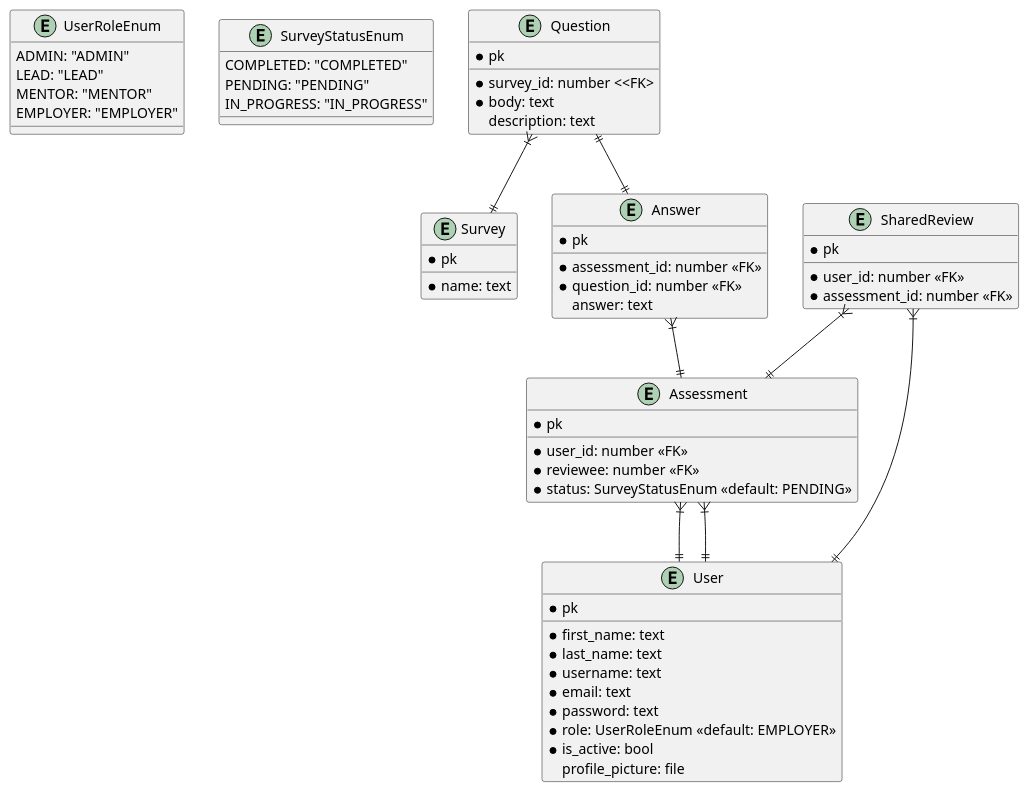
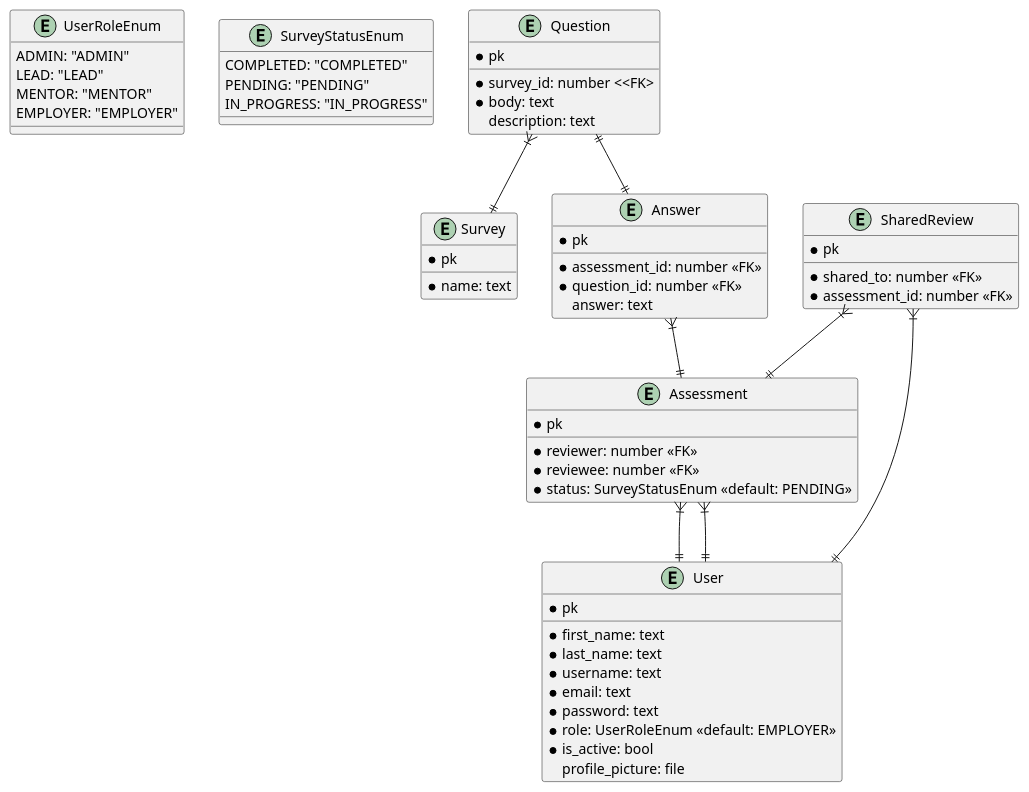
One commit to Timur-Gizatullin/grade_form changed the diagram in docs/er_diagrams/v0.1.0-er_diagram.puml. Above: the diagram before and after it, drawn with PlantUML. The commit also changed 1 other file, not shown here.

```diff
--- a/docs/er_diagrams/v0.1.0-er_diagram.puml
+++ b/docs/er_diagrams/v0.1.0-er_diagram.puml
@@ -1,74 +1,74 @@
 @startuml
 
 entity UserRoleEnum{
 ADMIN: "ADMIN"
 LEAD: "LEAD"
 MENTOR: "MENTOR"
 EMPLOYER: "EMPLOYER"
 }
 
 entity SurveyStatusEnum{
 COMPLETED: "COMPLETED"
 PENDING: "PENDING"
 IN_PROGRESS: "IN_PROGRESS"
 }
 
 entity User{
 *pk
 __
 *first_name: text
 *last_name: text
 *username: text
 *email: text
 *password: text
 *role: UserRoleEnum <<default: EMPLOYER>>
 *is_active: bool
 profile_picture: file
 }
 
 entity Survey{
 *pk
 __
 *name: text
 }
 
 entity Question{
 *pk
 __
 *survey_id: number <<FK>
 *body: text
 description: text
 }
 
 entity Assessment{
 *pk
 __
-*user_id: number <<FK>>
+*reviewer: number <<FK>>
 *reviewee: number <<FK>>
 *status: SurveyStatusEnum <<default: PENDING>>
 }
 
 entity Answer{
 *pk
 __
 *assessment_id: number <<FK>>
 *question_id: number <<FK>>
 answer: text
 }
 
 entity SharedReview{
 *pk
 __
-*user_id: number <<FK>>
+*shared_to: number <<FK>>
 *assessment_id: number <<FK>>
 }
 
 Question }|--|| Survey
 Answer }|--|| Assessment
 Question ||--|| Answer
 Assessment }|--|| User
 Assessment }|--|| User
 
 SharedReview }|--|| User
 SharedReview }|--|| Assessment
 @enduml
```
